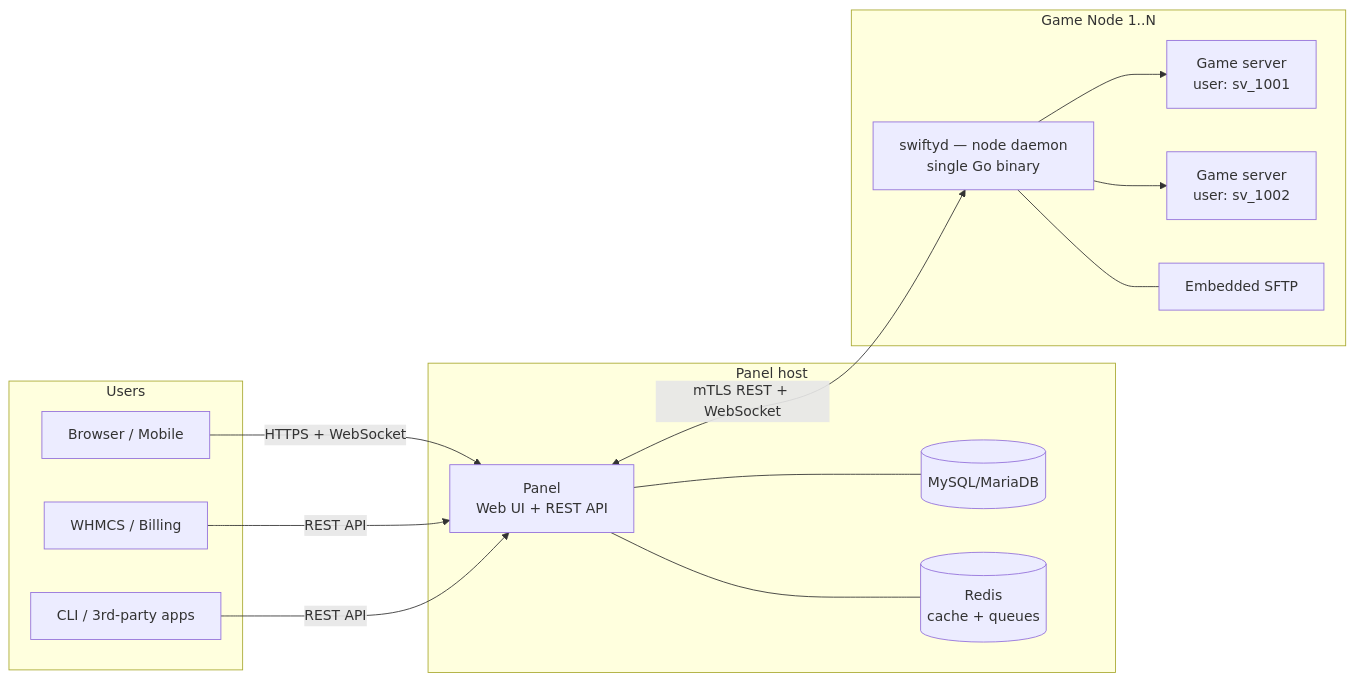
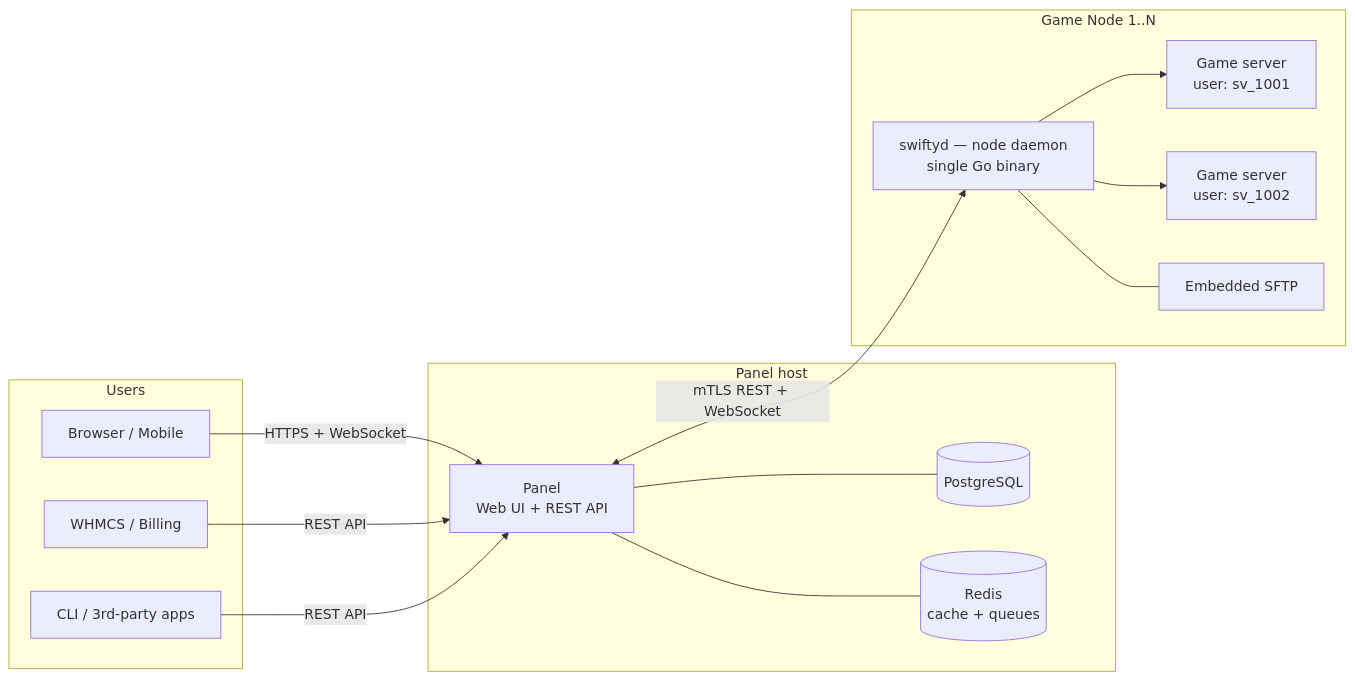
Before and after one commit to deko96/swifty: the diagram in ARCHITECTURE.md, drawn with Mermaid. The commit also changed other lines of this file, not shown here.

````diff
--- a/ARCHITECTURE.md
+++ b/ARCHITECTURE.md
@@ -27,31 +27,31 @@
 ```mermaid
 flowchart LR
     subgraph Users
         A[Browser / Mobile]
         B[WHMCS / Billing]
         C[CLI / 3rd-party apps]
     end
 
     subgraph "Panel host"
         P[Panel<br/>Web UI + REST API]
-        DB[(MySQL/MariaDB)]
+        DB[(PostgreSQL)]
         R[(Redis<br/>cache + queues)]
     end
 
     subgraph "Game Node 1..N"
         D[swiftyd — node daemon<br/>single Go binary]
         S1[Game server<br/>user: sv_1001]
         S2[Game server<br/>user: sv_1002]
         FTP[Embedded SFTP]
     end
 
     A -->|HTTPS + WebSocket| P
     B -->|REST API| P
     C -->|REST API| P
     P --- DB
     P --- R
     P <-->|mTLS REST + WebSocket| D
     D --> S1
     D --> S2
     D --- FTP
 ```
````
